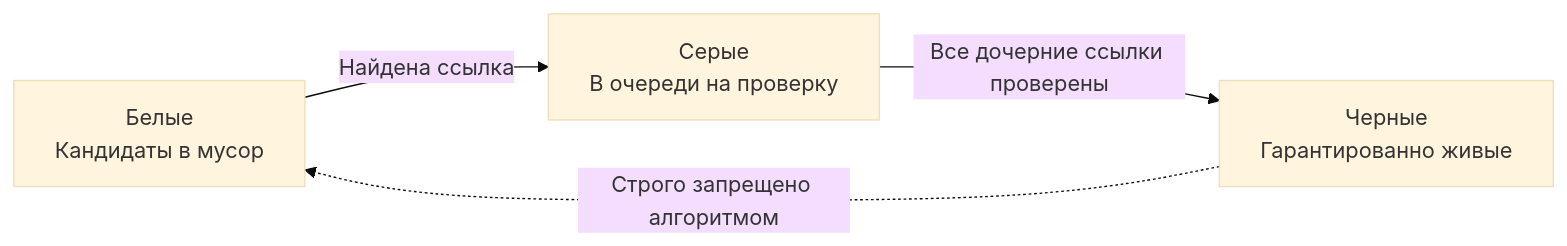
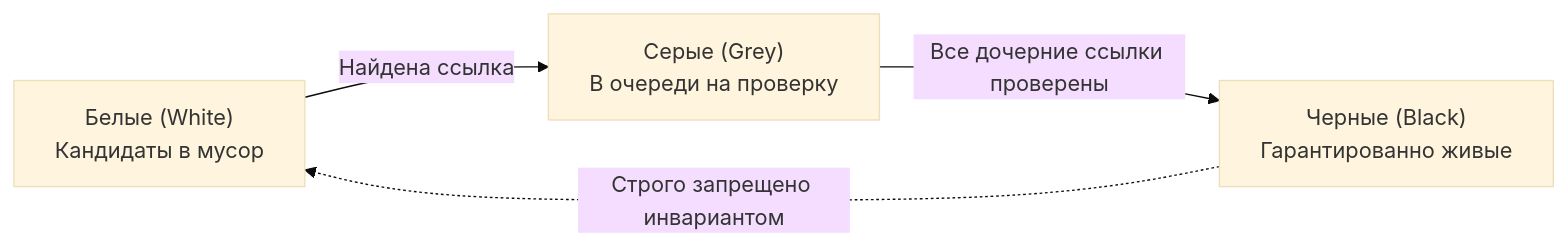
The first of 2 diagrams in sources/7. Глубокий Go (Внутреннее устройство)/25. Mark, Sweep и Tricolor GC.md (UnrealTemplier/go-textbook), drawn with Mermaid (base theme) before and after one commit. The commit also changed other lines of this file, not shown here.

````diff
--- a/sources/7. Глубокий Go (Внутреннее устройство)/25. Mark, Sweep и Tricolor GC.md
+++ b/sources/7. Глубокий Go (Внутреннее устройство)/25. Mark, Sweep и Tricolor GC.md
@@ -27,7 +31,7 @@
 ```mermaid
 flowchart LR
-    W["Белые<br>Кандидаты в мусор"] -->|Найдена ссылка| G["Серые<br>В очереди на проверку"]
-    G -->|Все дочерние ссылки проверены| B["Черные<br>Гарантированно живые"]
+    W["Белые (White)<br>Кандидаты в мусор"] -->|Найдена ссылка| G["Серые (Grey)<br>В очереди на проверку"]
+    G -->|Все дочерние ссылки проверены| B["Черные (Black)<br>Гарантированно живые"]
     
-    B -.->|Строго запрещено алгоритмом| W
+    B -.->|Строго запрещено инвариантом| W
 ```
````
